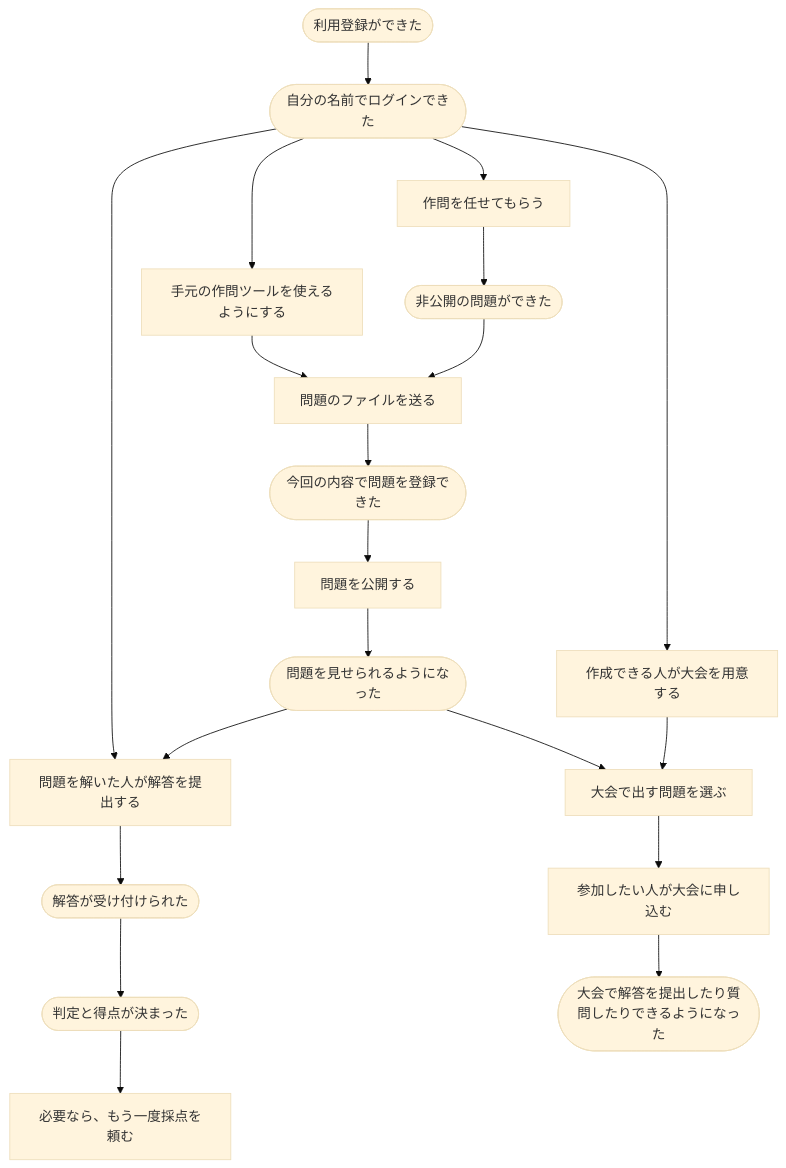
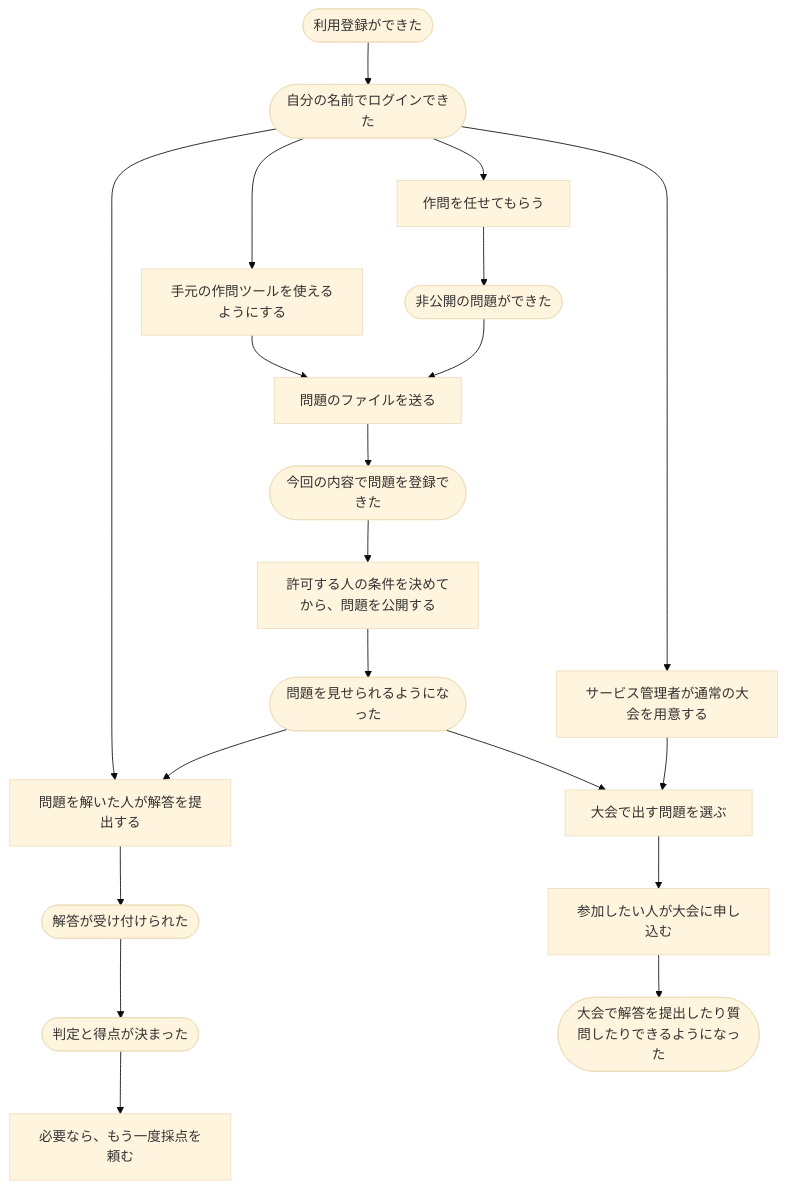
Before and after one commit to traP-jp/traOJudge: the diagram in docs/requirements/mutation-scenarios.md, drawn with Mermaid (base theme). The commit also changed other lines of this file and 58 other files, not shown here.

````diff
--- a/docs/requirements/mutation-scenarios.md
+++ b/docs/requirements/mutation-scenarios.md
@@ -11,22 +13,22 @@
 ```mermaid
 flowchart TD
     A(["利用登録ができた"]) --> B(["自分の名前でログインできた"])
     B --> C["作問を任せてもらう"]
     C --> D(["非公開の問題ができた"])
     B --> T["手元の作問ツールを使えるようにする"]
     D --> E["問題のファイルを送る"]
     T --> E
     E --> F(["今回の内容で問題を登録できた"])
-    F --> G["問題を公開する"]
+    F --> G["許可する人の条件を決めてから、問題を公開する"]
     G --> H(["問題を見せられるようになった"])
     H --> I["問題を解いた人が解答を提出する"]
     B --> I
     I --> J(["解答が受け付けられた"])
     J --> K(["判定と得点が決まった"])
     K --> L["必要なら、もう一度採点を頼む"]
-    B --> M["作成できる人が大会を用意する"]
+    B --> M["サービス管理者が通常の大会を用意する"]
     M --> N["大会で出す問題を選ぶ"]
     H --> N
     N --> O["参加したい人が大会に申し込む"]
     O --> P(["大会で解答を提出したり質問したりできるようになった"])
 ```
````
